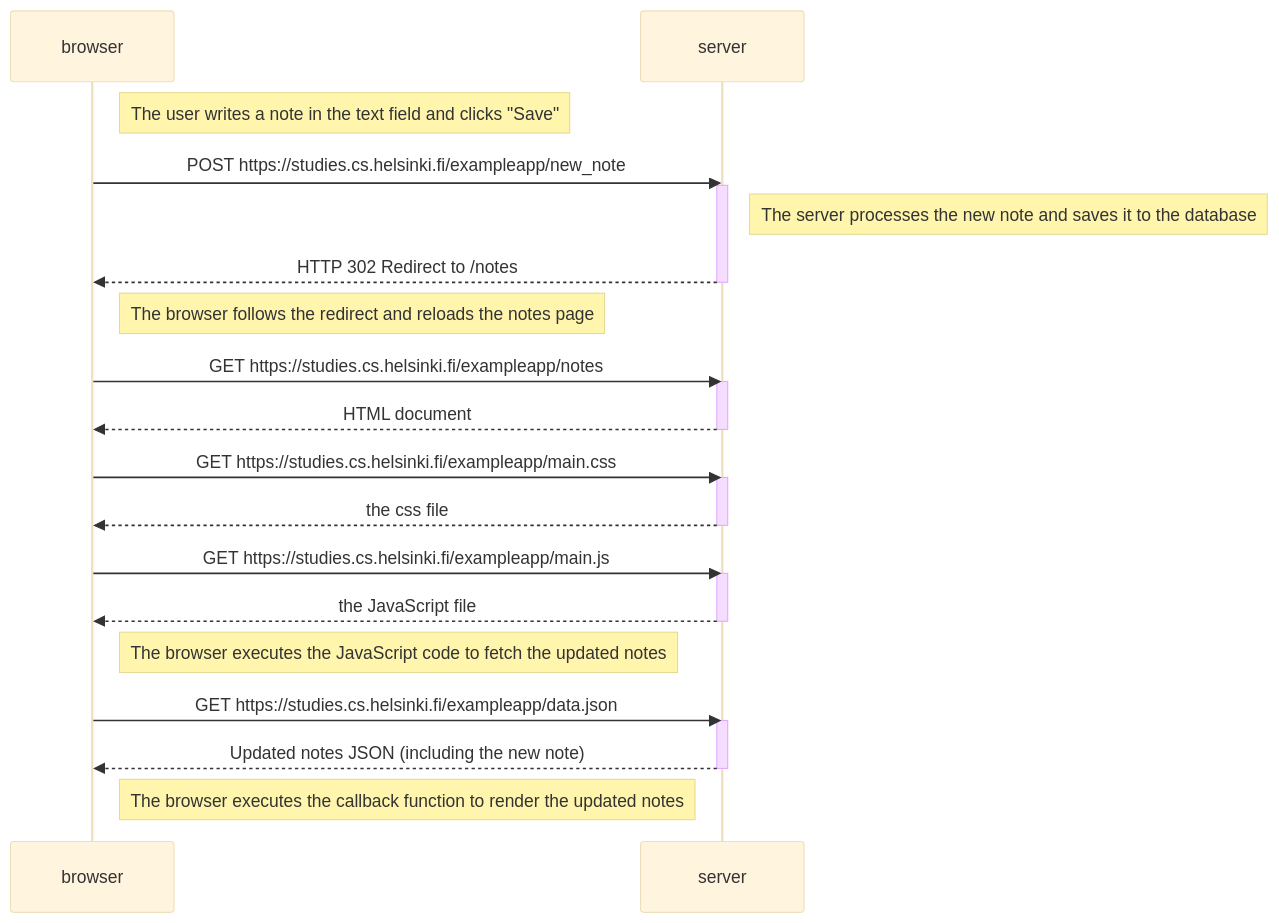
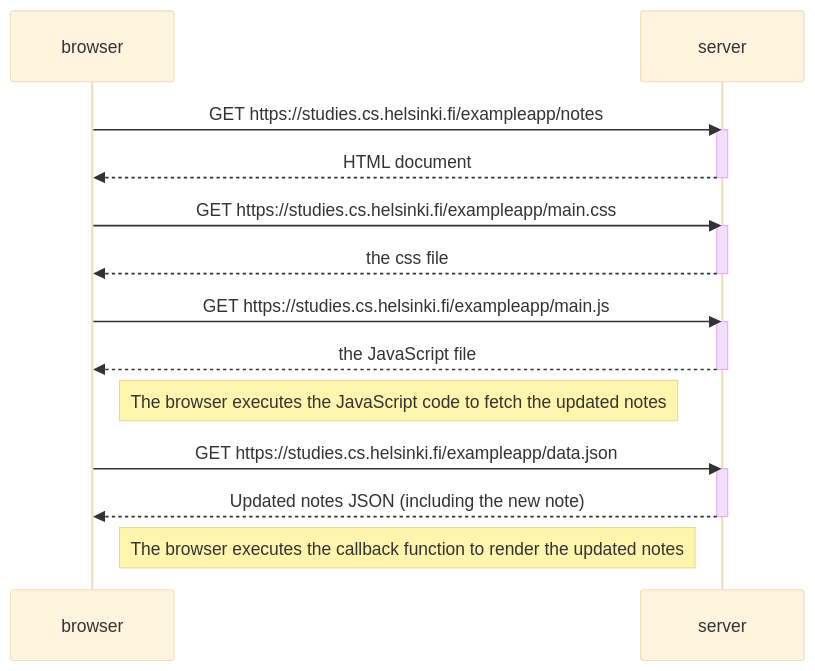
The diagram in Part0/0.4.mmd (HARVAA/test), drawn with Mermaid (base theme) before and after one commit.

Commit message:
Fixing load diagram 0.4

```diff
--- a/Part0/0.4.mmd
+++ b/Part0/0.4.mmd
@@ -1,37 +1,28 @@
 sequenceDiagram
     participant browser
     participant server
 
-    Note right of browser: The user writes a note in the text field and clicks "Save"
-
-    browser->>server: POST https://studies.cs.helsinki.fi/exampleapp/new_note
-    activate server
-    Note right of server: The server processes the new note and saves it to the database
-    server-->>browser: HTTP 302 Redirect to /notes
-    deactivate server
-
-    Note right of browser: The browser follows the redirect and reloads the notes page
 
     browser->>server: GET https://studies.cs.helsinki.fi/exampleapp/notes
     activate server
     server-->>browser: HTML document
     deactivate server
 
     browser->>server: GET https://studies.cs.helsinki.fi/exampleapp/main.css
     activate server
     server-->>browser: the css file
     deactivate server
 
     browser->>server: GET https://studies.cs.helsinki.fi/exampleapp/main.js
     activate server
     server-->>browser: the JavaScript file
     deactivate server
 
     Note right of browser: The browser executes the JavaScript code to fetch the updated notes
 
     browser->>server: GET https://studies.cs.helsinki.fi/exampleapp/data.json
     activate server
     server-->>browser: Updated notes JSON (including the new note)
     deactivate server
 
     Note right of browser: The browser executes the callback function to render the updated notes
```
